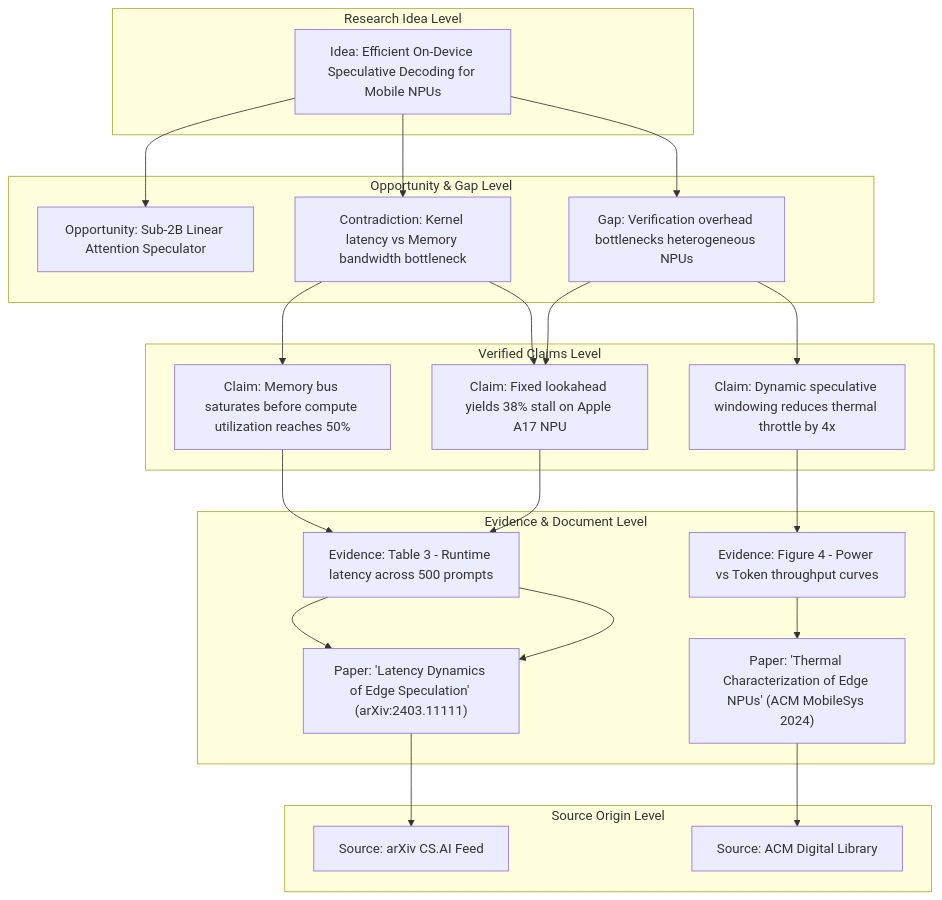
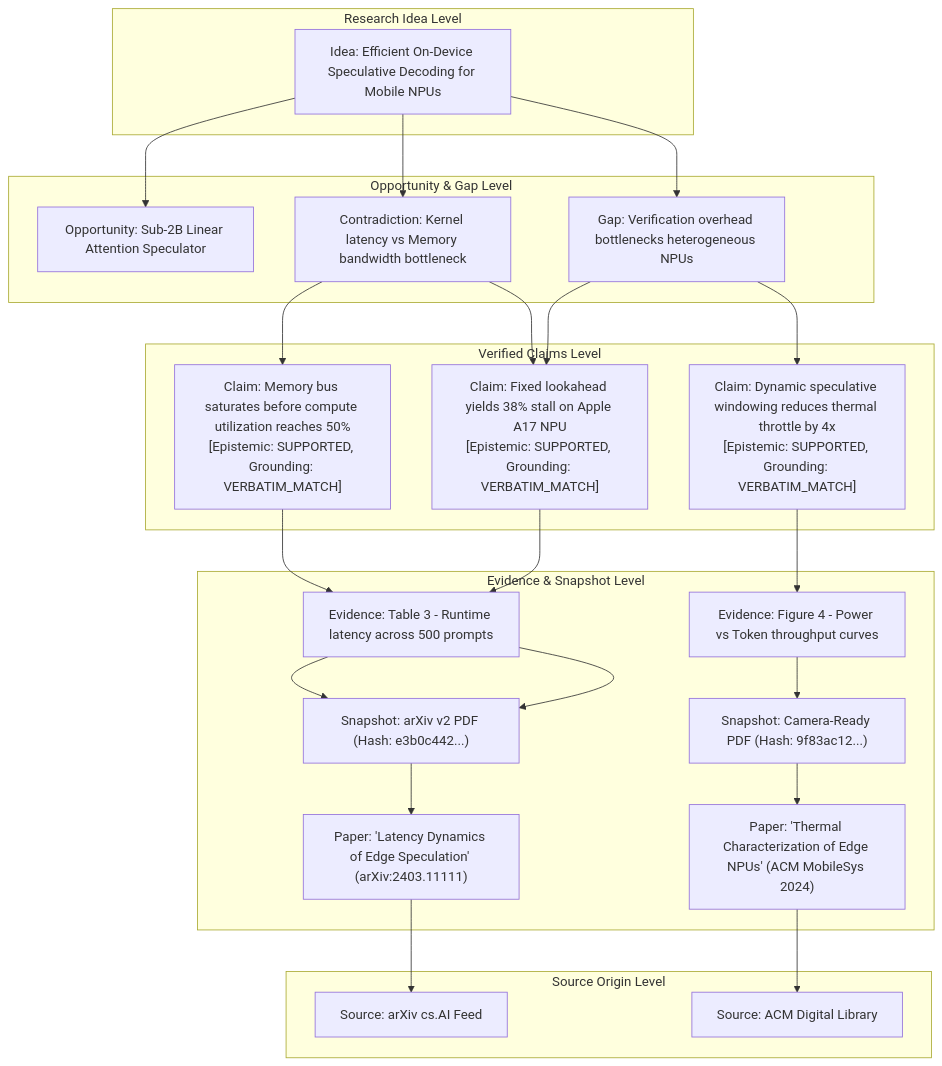
The second of 2 diagrams in ARCHITECTURE.md (Phuchello/NCKH), drawn with Mermaid before and after one commit. The commit also changed other lines of this file and 14 other files, not shown here.

Commit message:
fix(arch): G0.1 architecture corrections across topic cardinality, snapshot model, and epistemology

````diff
--- a/ARCHITECTURE.md
+++ b/ARCHITECTURE.md
@@ -114,41 +118,43 @@
 ```mermaid
 graph TD
     subgraph Idea["Research Idea Level"]
         I1["Idea: Efficient On-Device Speculative Decoding for Mobile NPUs"]
     end
 
     subgraph Opportunity["Opportunity & Gap Level"]
         O1["Opportunity: Sub-2B Linear Attention Speculator"]
         G1["Gap: Verification overhead bottlenecks heterogeneous NPUs"]
         C1["Contradiction: Kernel latency vs Memory bandwidth bottleneck"]
     end
 
     subgraph Claims["Verified Claims Level"]
-        CL1["Claim: Fixed lookahead yields 38% stall on Apple A17 NPU"]
-        CL2["Claim: Dynamic speculative windowing reduces thermal throttle by 4x"]
-        CL3["Claim: Memory bus saturates before compute utilization reaches 50%"]
+        CL1["Claim: Fixed lookahead yields 38% stall on Apple A17 NPU\n[Epistemic: SUPPORTED, Grounding: VERBATIM_MATCH]"]
+        CL2["Claim: Dynamic speculative windowing reduces thermal throttle by 4x\n[Epistemic: SUPPORTED, Grounding: VERBATIM_MATCH]"]
+        CL3["Claim: Memory bus saturates before compute utilization reaches 50%\n[Epistemic: SUPPORTED, Grounding: VERBATIM_MATCH]"]
     end
 
-    subgraph Evidence["Evidence & Document Level"]
+    subgraph Evidence["Evidence & Snapshot Level"]
         E1["Evidence: Table 3 - Runtime latency across 500 prompts"]
         E2["Evidence: Figure 4 - Power vs Token throughput curves"]
+        SN1["Snapshot: arXiv v2 PDF (Hash: e3b0c442...)"]
+        SN2["Snapshot: Camera-Ready PDF (Hash: 9f83ac12...)"]
         D1["Paper: 'Latency Dynamics of Edge Speculation' (arXiv:2403.11111)"]
         D2["Paper: 'Thermal Characterization of Edge NPUs' (ACM MobileSys 2024)"]
     end
 
     subgraph Sources["Source Origin Level"]
-        S1["Source: arXiv CS.AI Feed"]
+        S1["Source: arXiv cs.AI Feed"]
         S2["Source: ACM Digital Library"]
     end
 
     I1 --> O1
     I1 --> G1
     I1 --> C1
     G1 --> CL1
     G1 --> CL2
     C1 --> CL1
     C1 --> CL3
-    CL1 --> E1 --> D1 --> S1
-    CL2 --> E2 --> D2 --> S2
-    CL3 --> E1 --> D1
+    CL1 --> E1 --> SN1 --> D1 --> S1
+    CL2 --> E2 --> SN2 --> D2 --> S2
+    CL3 --> E1 --> SN1
 ```
````
